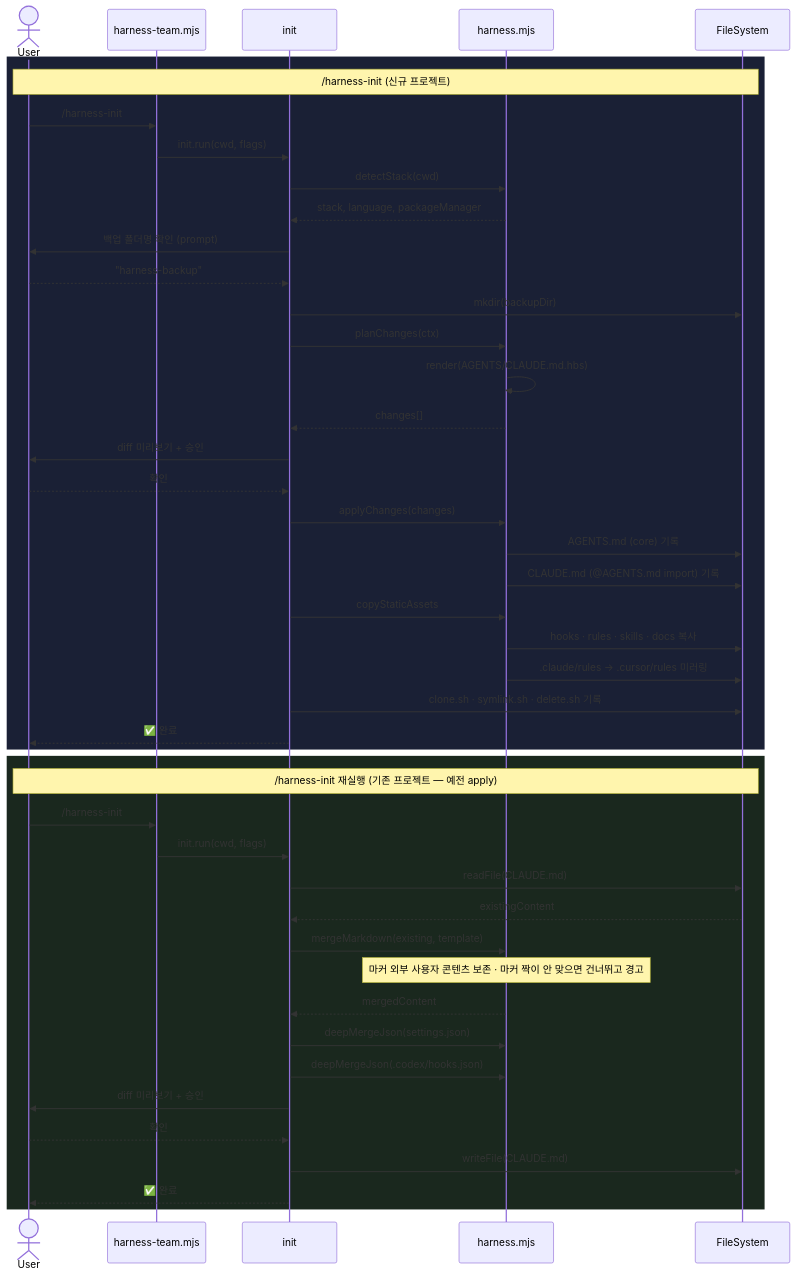
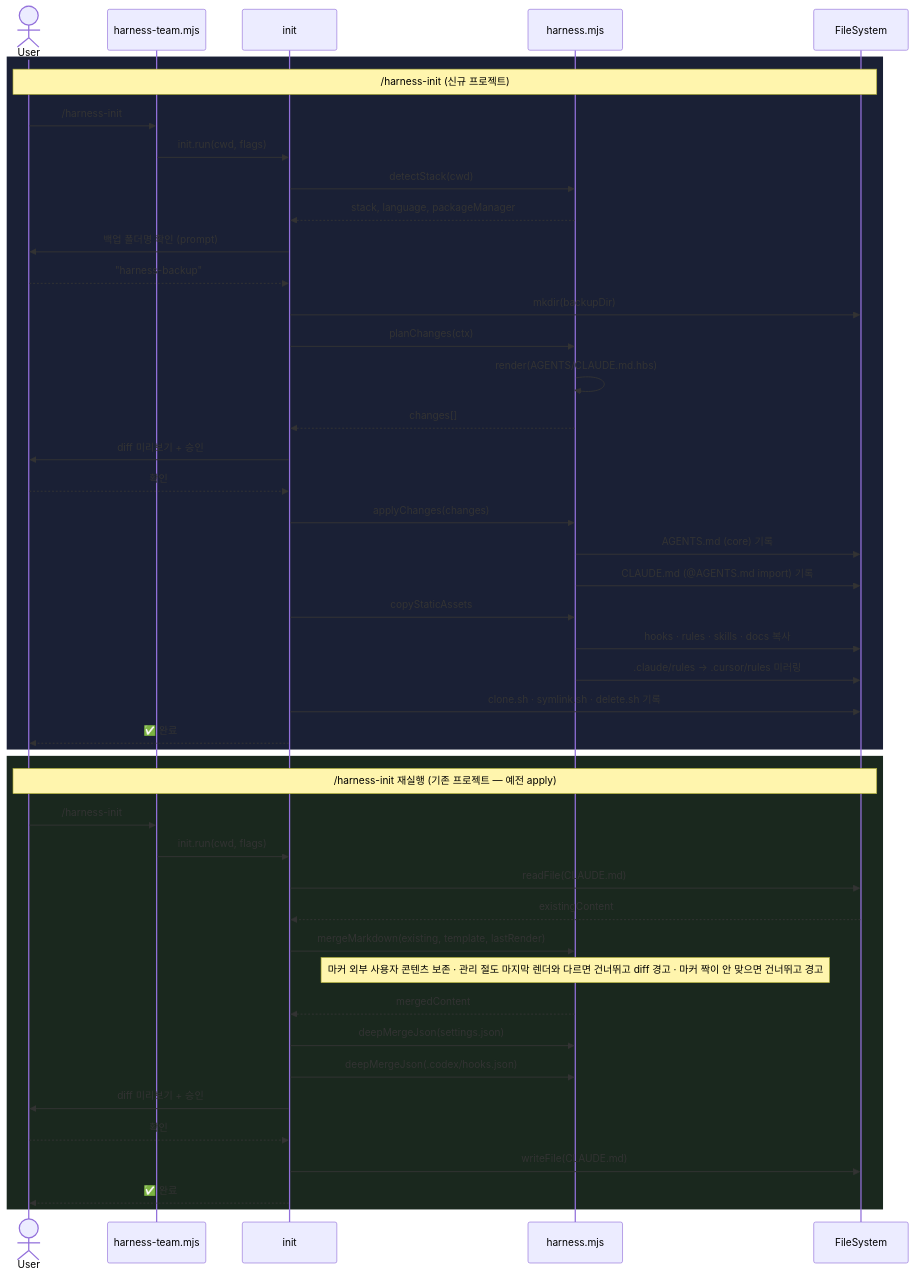
One commit to bd-makers/team-harness changed the diagram in docs/diagrams/harness-overview/workflow.mmd. Above: the diagram before and after it, drawn with Mermaid. The commit also changed 7 other files, not shown here.

```diff
--- a/docs/diagrams/harness-overview/workflow.mmd
+++ b/docs/diagrams/harness-overview/workflow.mmd
@@ -1,47 +1,47 @@
 sequenceDiagram
     actor User
     participant CLI as harness-team.mjs
     participant Cmd as init
     participant H as harness.mjs
     participant FS as FileSystem
 
     rect rgb(26, 32, 53)
         Note over User,FS: /harness-init (신규 프로젝트)
         User->>CLI: /harness-init
         CLI->>Cmd: init.run(cwd, flags)
         Cmd->>H: detectStack(cwd)
         H-->>Cmd: stack, language, packageManager
         Cmd->>User: 백업 폴더명 확인 (prompt)
         User-->>Cmd: "harness-backup"
         Cmd->>FS: mkdir(backupDir)
         Cmd->>H: planChanges(ctx)
         H->>H: render(AGENTS/CLAUDE.md.hbs)
         H-->>Cmd: changes[]
         Cmd->>User: diff 미리보기 + 승인
         User-->>Cmd: 확인
         Cmd->>H: applyChanges(changes)
         H->>FS: AGENTS.md (core) 기록
         H->>FS: CLAUDE.md (@AGENTS.md import) 기록
         Cmd->>H: copyStaticAssets
         H->>FS: hooks · rules · skills · docs 복사
         H->>FS: .claude/rules → .cursor/rules 미러링
         Cmd->>FS: clone.sh · symlink.sh · delete.sh 기록
         Cmd-->>User: ✅ 완료
     end
 
     rect rgb(26, 40, 30)
         Note over User,FS: /harness-init 재실행 (기존 프로젝트 — 예전 apply)
         User->>CLI: /harness-init
         CLI->>Cmd: init.run(cwd, flags)
         Cmd->>FS: readFile(CLAUDE.md)
         FS-->>Cmd: existingContent
-        Cmd->>H: mergeMarkdown(existing, template)
-        Note over H: 마커 외부 사용자 콘텐츠 보존 · 마커 짝이 안 맞으면 건너뛰고 경고
+        Cmd->>H: mergeMarkdown(existing, template, lastRender)
+        Note over H: 마커 외부 사용자 콘텐츠 보존 · 관리 절도 마지막 렌더와 다르면 건너뛰고 diff 경고 · 마커 짝이 안 맞으면 건너뛰고 경고
         H-->>Cmd: mergedContent
         Cmd->>H: deepMergeJson(settings.json)
         Cmd->>H: deepMergeJson(.codex/hooks.json)
         Cmd->>User: diff 미리보기 + 승인
         User-->>Cmd: 확인
         Cmd->>FS: writeFile(CLAUDE.md)
         Cmd-->>User: ✅ 완료
     end
```
